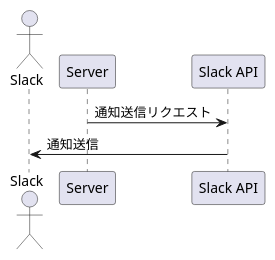
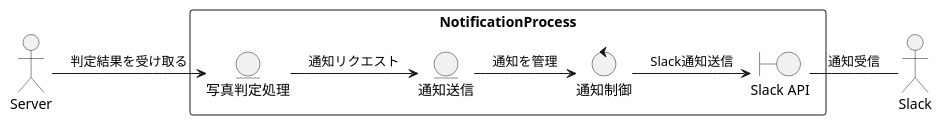
The diagram in notificationSequence.puml (kangy106/OkatadukeClub), drawn with PlantUML before and after one commit. The commit also changed other lines of this file, not shown here.

```diff
--- a/notificationSequence.puml
+++ b/notificationSequence.puml
@@ -1,8 +1,16 @@
 @startuml
-' シーケンス図: 通知送信処理
+' ロバストネス図: 通知送信処理
+actor "Server" as Server
 actor "Slack" as Slack
-participant "Server" as Server
-participant "Slack API" as SlackAPI
-Server -> SlackAPI: 通知送信リクエスト
-SlackAPI -> Slack: 通知送信
+rectangle NotificationProcess {
+    entity "写真判定処理" as Processing
+    entity "通知送信" as Sending
+    boundary "Slack API" as API
+    control "通知制御" as Control
+}
+Server -> Processing : 判定結果を受け取る
+Processing -> Sending : 通知リクエスト
+Sending -> Control : 通知を管理
+Control -> API : Slack通知送信
+API - Slack : 通知受信
 @enduml
```
